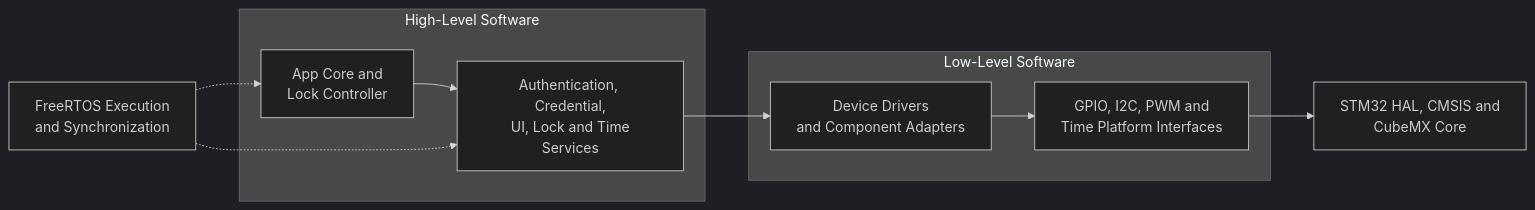
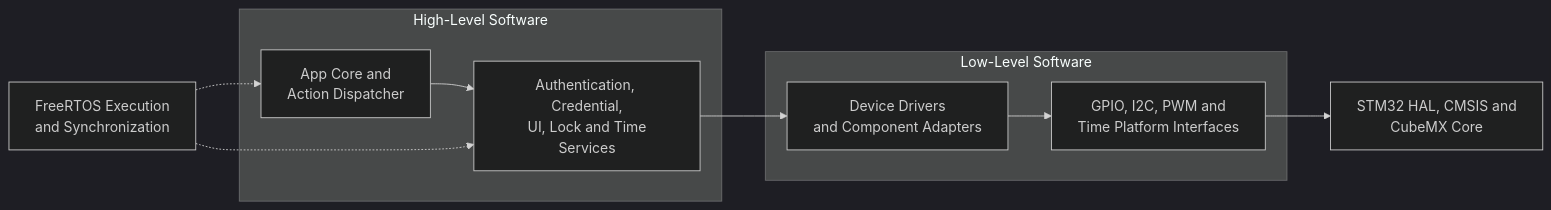
One commit to JP-REY/STM32F103C8T6-Based-Electronic-Lock changed the third of 16 diagrams in README.md. Above: the diagram before and after it, drawn with Mermaid (dark theme). The commit also changed other lines of this file and 8 other files, not shown here.

````diff
--- a/README.md
+++ b/README.md
@@ -322,22 +322,22 @@
 ```mermaid
 flowchart LR
     subgraph HIGH["High-Level Software"]
-        APP["App Core and<br/> Lock Controller"]
+        APP["App Core and<br/> Action Dispatcher"]
         SVC["Authentication, Credential,<br/> UI, Lock and Time Services"]
     end
 
     subgraph LOW["Low-Level Software"]
         CMP["Device Drivers<br/> and Component Adapters"]
         PAL["GPIO, I2C, PWM and<br/> Time Platform Interfaces"]
     end
 
     RTOS["FreeRTOS Execution<br/> and Synchronization"]
     HAL["STM32 HAL, CMSIS and<br/> CubeMX Core"]
 
     APP --> SVC
     SVC --> CMP
     CMP --> PAL
     PAL --> HAL
     RTOS -.-> APP
     RTOS -.-> SVC
 ```
````
